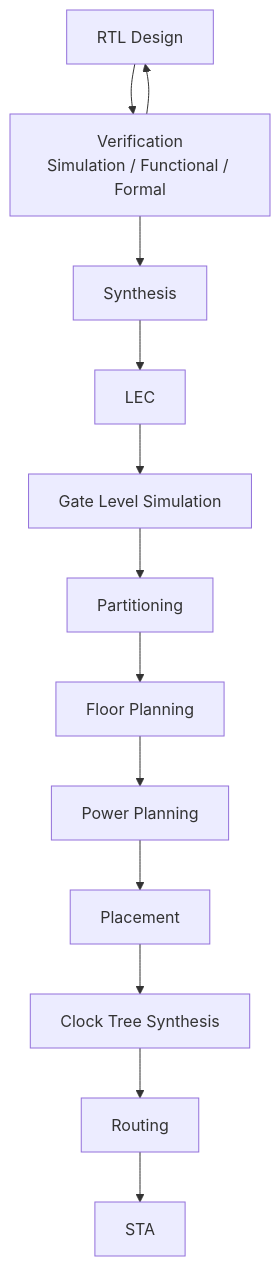
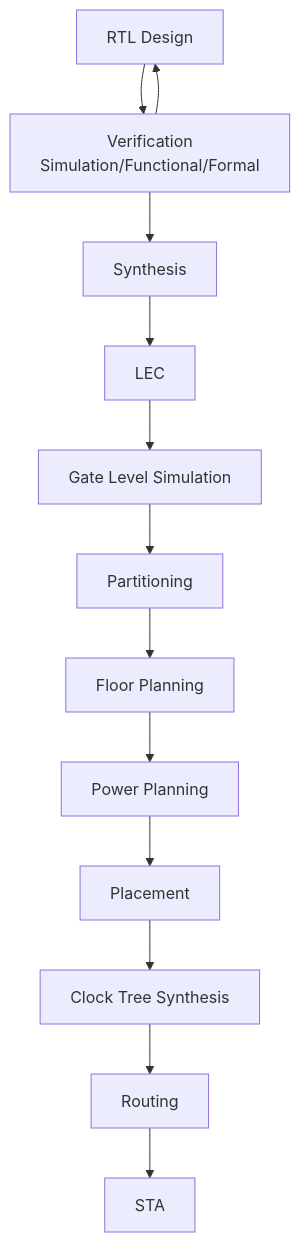
The diagram in README.md (rajeshasokanupskill-sketch/RTL-to-GDS-using-open-source-EDA-tools), drawn with Mermaid before and after one commit.

````diff
--- a/README.md
+++ b/README.md
@@ -3,33 +3,33 @@
 ```mermaid
 flowchart TD
 
 %% Front End Design
 A1[RTL Design]
-A2[Verification<br/>Simulation / Functional / Formal]
+A2[Verification<br/>Simulation/Functional/Formal]
 A3[Synthesis]
 A4[LEC]
 A5[Gate Level Simulation]
 
 A1 --> A2
 A2 --> A3
 A2 --> A1
 A3 --> A4
 A4 --> A5
 
 %% Back End Design
 B6[Partitioning]
 B7[Floor Planning]
 B8[Power Planning]
 B9[Placement]
 B10[Clock Tree Synthesis]
 B11[Routing]
 B12[STA]
 
 A5 --> B6
 B6 --> B7
 B7 --> B8
 B8 --> B9
 B9 --> B10
 B10 --> B11
 B11 --> B12
 ```
````
